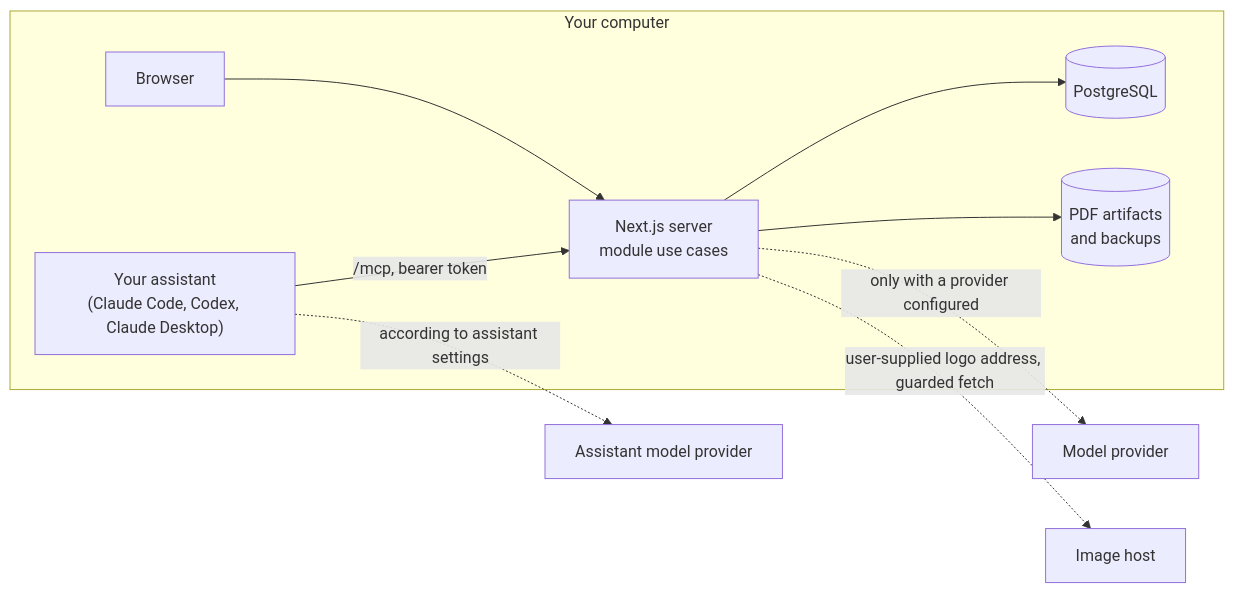
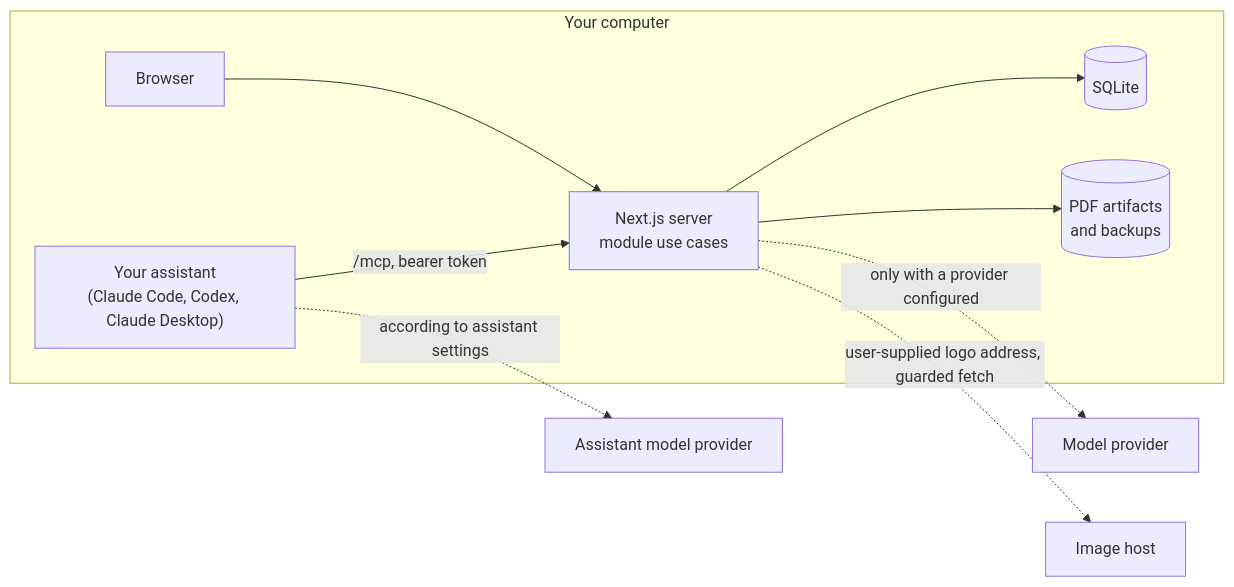
Before and after one commit to 3333444n/landed: the diagram in README.md, drawn with Mermaid. The commit also changed other lines of this file and 25 other files, not shown here.

Commit message:
refactor(persistence): remove PostgreSQL and the Docker release, add the one-time import

````diff
--- a/README.md
+++ b/README.md
@@ -76,12 +77,12 @@
 ```mermaid
 flowchart LR
   subgraph local["Your computer"]
     browser["Browser"] --> app["Next.js server\nmodule use cases"]
     assistant["Your assistant\n(Claude Code, Codex, Claude Desktop)"] -->|"/mcp, bearer token"| app
-    app --> db[("PostgreSQL")]
+    app --> db[("SQLite")]
     app --> files[("PDF artifacts\nand backups")]
   end
   app -.->|"only with a provider configured"| provider["Model provider"]
   assistant -.->|"according to assistant settings"| assistantProvider["Assistant model provider"]
   app -.->|"user-supplied logo address, guarded fetch"| images["Image host"]
 ```
````
